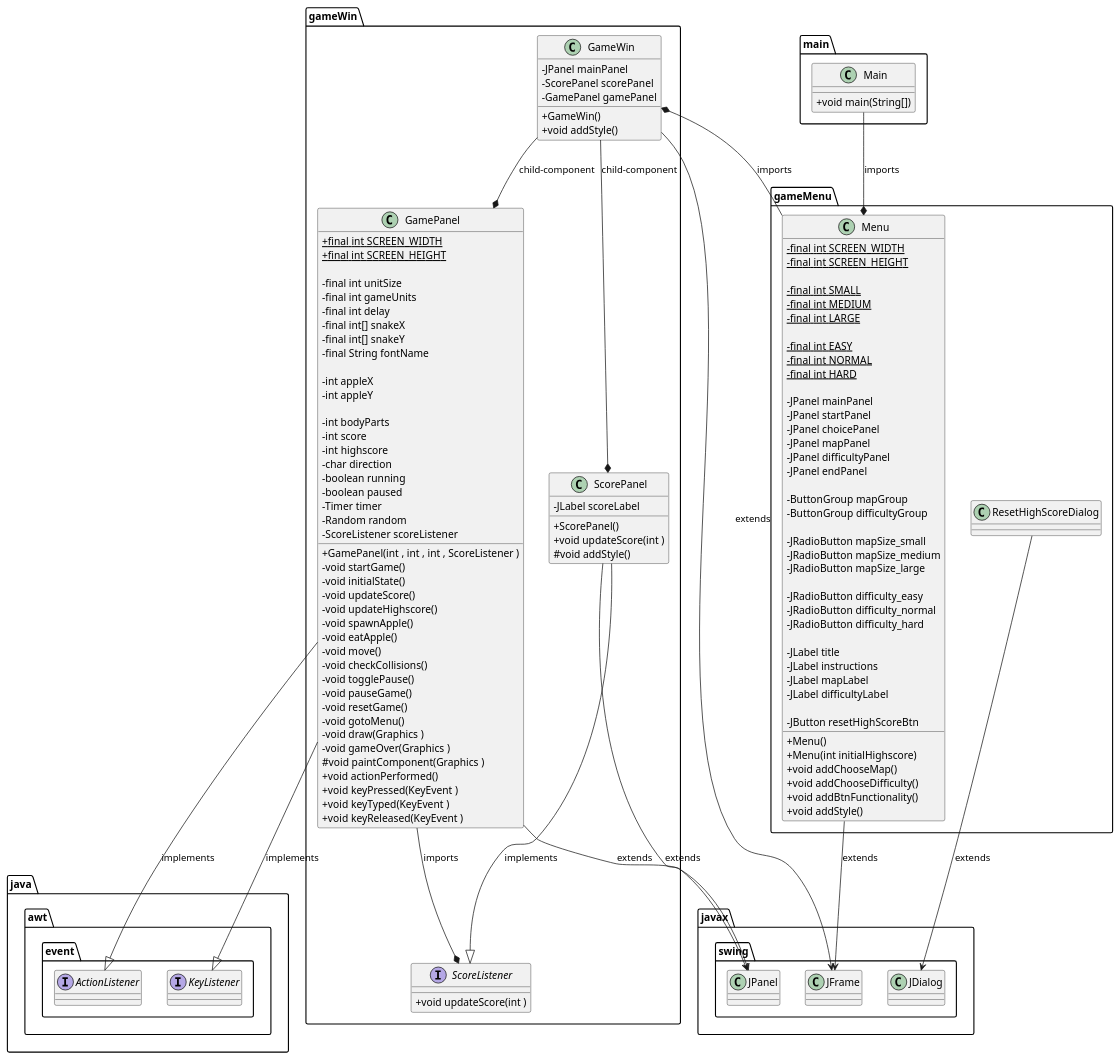
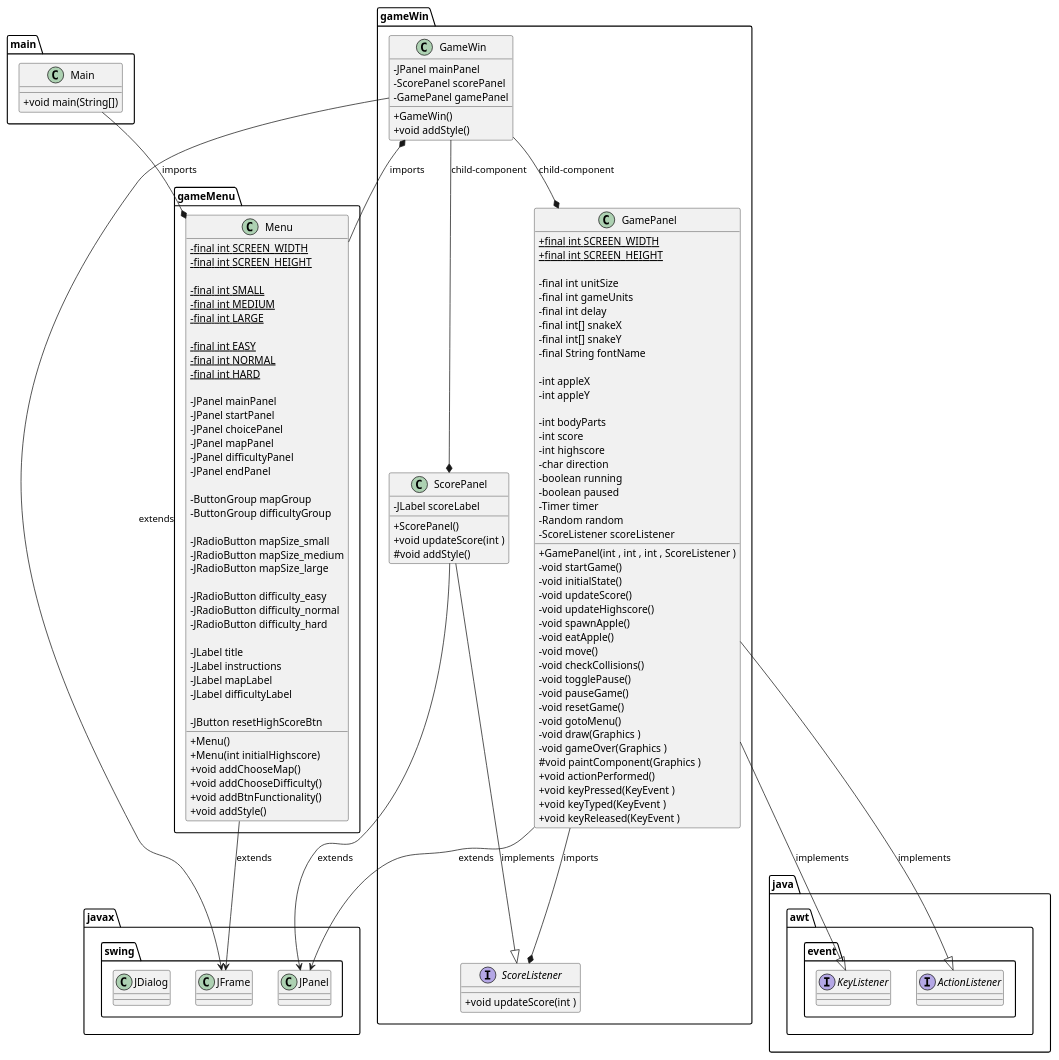
One commit to ShaheerSharif/snake-game-4th-sem changed the diagram in docs/puml/gameClass.puml. Above: the diagram before and after it, drawn with PlantUML. The commit also changed 2 other files, not shown here.

```diff
--- a/docs/puml/gameClass.puml
+++ b/docs/puml/gameClass.puml
@@ -1,166 +1,164 @@
 @startuml gameClassDiagram
 
     skinparam classAttributeIconSize 0
 
-    gameMenu.ResetHighScoreDialog --> javax.swing.JDialog : extends
     gameMenu.Menu --> javax.swing.JFrame : extends
     gameWin.GameWin --> javax.swing.JFrame : extends
     gameWin.GamePanel --> javax.swing.JPanel : extends
     gameWin.ScorePanel --> javax.swing.JPanel : extends
 
     gameWin.GamePanel --|> java.awt.event.KeyListener : implements
     gameWin.GamePanel --|> java.awt.event.ActionListener : implements
     gameWin.ScorePanel --|> gameWin.ScoreListener : implements
 
     gameWin.GameWin --* gameWin.ScorePanel : child-component
     gameWin.GameWin --* gameWin.GamePanel : child-component
 
     gameMenu.Menu -left-* gameWin.GameWin : imports
     gameWin.GamePanel --* gameWin.ScoreListener : imports
     main.Main --* gameMenu.Menu : imports
 
     package main {
         class Main
     }
 
     package gameMenu {
         class gameMenu.Menu
-        class gameMenu.ResetHighScoreDialog
     }
 
     package gameWin {
         class gameWin.GameWin
         class gameWin.GamePanel
         class gameWin.ScorePanel
         interface gameWin.ScoreListener
 
     }
 
     package javax.swing {
         class javax.swing.JFrame
         class javax.swing.JDialog
         class javax.swing.JPanel
     }
 
     package java.awt.event {
         interface java.awt.event.KeyListener
         interface java.awt.event.ActionListener
     }
 
     class main.Main {
         +void main(String[])
     }
 
     class gameMenu.Menu {
         -final int {static} SCREEN_WIDTH
         -final int {static} SCREEN_HEIGHT
         
         -final int {static} SMALL
         -final int {static} MEDIUM
         -final int {static} LARGE
         
         -final int {static} EASY
         -final int {static} NORMAL
         -final int {static} HARD
 
         -JPanel mainPanel
         -JPanel startPanel
         -JPanel choicePanel
         -JPanel mapPanel
         -JPanel difficultyPanel
         -JPanel endPanel
 
         -ButtonGroup mapGroup
         -ButtonGroup difficultyGroup
 
         -JRadioButton mapSize_small
         -JRadioButton mapSize_medium
         -JRadioButton mapSize_large
 
         -JRadioButton difficulty_easy
         -JRadioButton difficulty_normal
         -JRadioButton difficulty_hard
 
         -JLabel title
         -JLabel instructions
         -JLabel mapLabel
         -JLabel difficultyLabel
 
         -JButton resetHighScoreBtn
 
         +Menu()
         +Menu(int initialHighscore)
         +void addChooseMap()
         +void addChooseDifficulty()
         +void addBtnFunctionality()
         +void addStyle()
     }
 
     class gameWin.GamePanel {
         +final int {static} SCREEN_WIDTH
         +final int {static} SCREEN_HEIGHT
 
         -final int unitSize
         -final int gameUnits
         -final int delay
         -final int[] snakeX
         -final int[] snakeY
         -final String fontName
 
         -int appleX
         -int appleY
         
         -int bodyParts
         -int score
         -int highscore
         -char direction
         -boolean running
         -boolean paused
         -Timer timer
         -Random random
         -ScoreListener scoreListener
 
         +GamePanel(int , int , int , ScoreListener )
         -void startGame()
         -void initialState()
         -void updateScore()
         -void updateHighscore()
         -void spawnApple()
         -void eatApple()
         -void move()
         -void checkCollisions()
         -void togglePause()
         -void pauseGame()
         -void resetGame()
         -void gotoMenu()
         -void draw(Graphics )
         -void gameOver(Graphics )
         #void paintComponent(Graphics )
         +void actionPerformed()
         +void keyPressed(KeyEvent )
         +void keyTyped(KeyEvent )
         +void keyReleased(KeyEvent )
     }
 
     class gameWin.ScorePanel {
         -JLabel scoreLabel
         
         +ScorePanel()
         +void updateScore(int )
         #void addStyle()
     }
 
     class gameWin.GameWin {
         -JPanel mainPanel
         -ScorePanel scorePanel
         -GamePanel gamePanel
 
         +GameWin()
         +void addStyle()
     }
 
     interface gameWin.ScoreListener {
         +void updateScore(int )
     }
 
 @enduml
```
